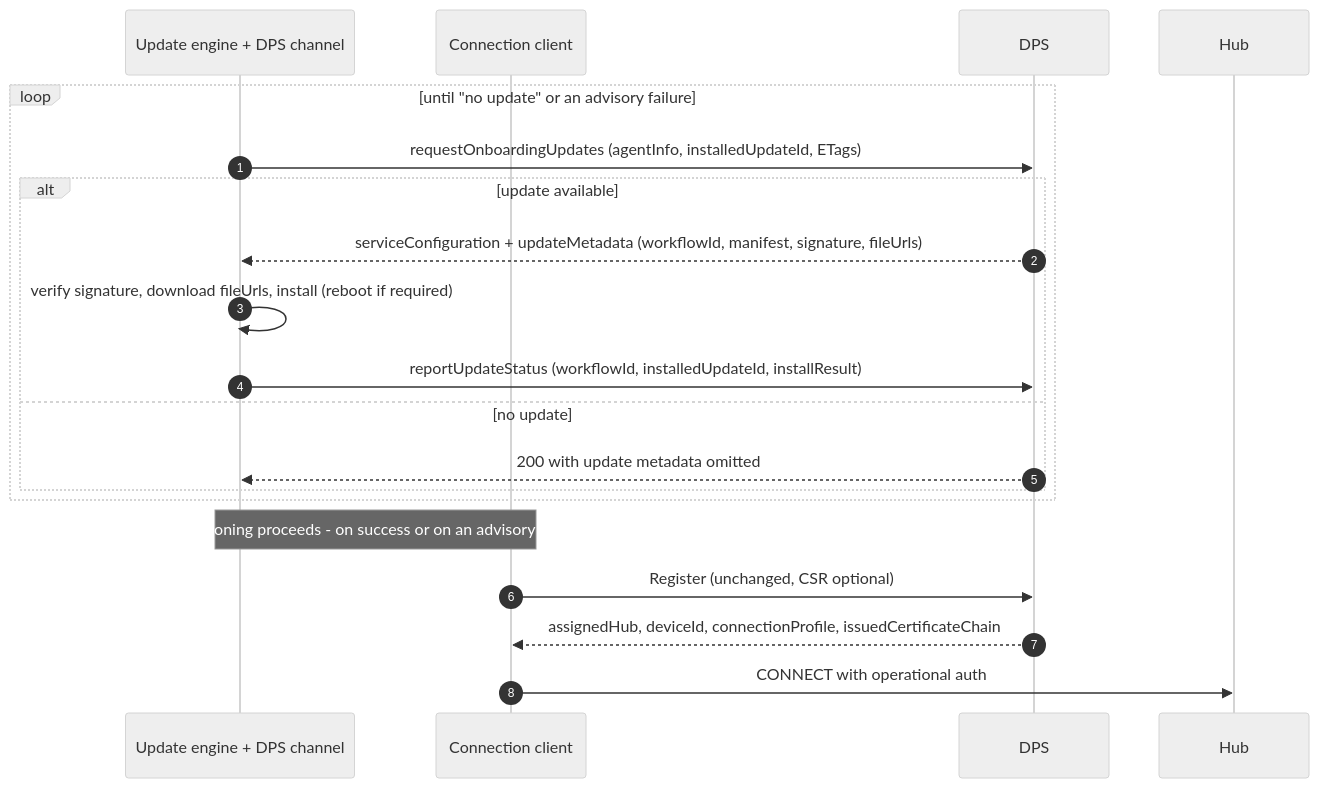
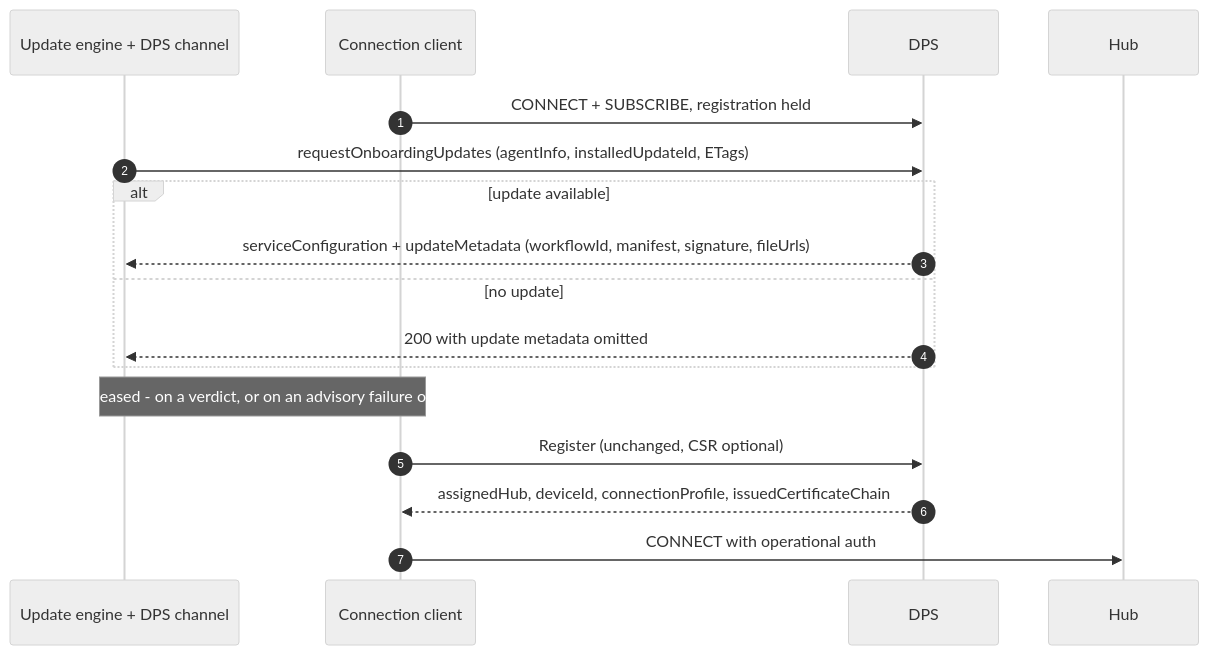
Before and after one commit to Azure/azure-iot-sdk: the seventh of 9 diagrams in c/docs/connection.md, drawn with Mermaid (neutral theme). The commit also changed other lines of this file and 2 other files, not shown here.

First line of the commit message:
docs: align the lifecycle with the provisioning-session model

````diff
--- a/c/docs/connection.md
+++ b/c/docs/connection.md
@@ -558,24 +578,21 @@
 ```mermaid
 sequenceDiagram
     autonumber
     participant ADU as Update engine + DPS channel
     participant Conn as Connection client
     participant DPS
     participant Hub
 
-    loop until "no update" or an advisory failure
-        ADU->>DPS: requestOnboardingUpdates (agentInfo, installedUpdateId, ETags)
-        alt update available
-            DPS-->>ADU: serviceConfiguration + updateMetadata (workflowId, manifest, signature, fileUrls)
-            ADU->>ADU: verify signature, download fileUrls, install (reboot if required)
-            ADU->>DPS: reportUpdateStatus (workflowId, installedUpdateId, installResult)
-        else no update
-            DPS-->>ADU: 200 with update metadata omitted
-        end
+    Conn->>DPS: CONNECT + SUBSCRIBE, registration held
+    ADU->>DPS: requestOnboardingUpdates (agentInfo, installedUpdateId, ETags)
+    alt update available
+        DPS-->>ADU: serviceConfiguration + updateMetadata (workflowId, manifest, signature, fileUrls)
+    else no update
+        DPS-->>ADU: 200 with update metadata omitted
     end
 
-    Note over ADU,Conn: provisioning proceeds - on success or on an advisory failure
+    Note over ADU,Conn: hold released - on a verdict, or on an advisory failure or expiry
     Conn->>DPS: Register (unchanged, CSR optional)
     DPS-->>Conn: assignedHub, deviceId, connectionProfile, issuedCertificateChain
     Conn->>Hub: CONNECT with operational auth
 ```
````
